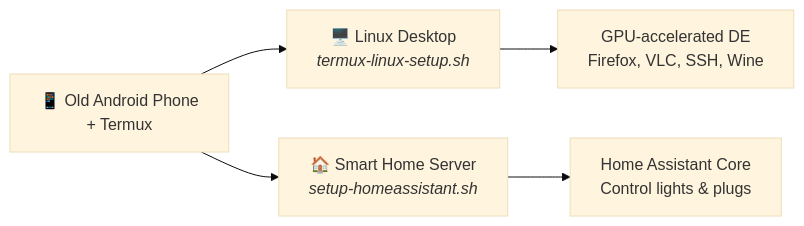
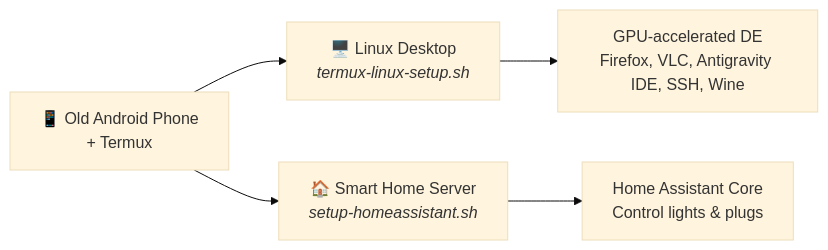
Before and after one commit to VLADIMIRCOMMRAD/linux-android: the diagram in README.md, drawn with Mermaid (base theme). The commit also changed other lines of this file, not shown here.

````diff
--- a/README.md
+++ b/README.md
@@ -39,7 +39,7 @@
 ```mermaid
 graph LR
     A["📱 Old Android Phone<br/>+ Termux"] --> B["🖥️ Linux Desktop<br/><i>termux-linux-setup.sh</i>"]
     A --> C["🏠 Smart Home Server<br/><i>setup-homeassistant.sh</i>"]
-    B --> D["GPU-accelerated DE<br/>Firefox, VLC, SSH, Wine"]
+    B --> D["GPU-accelerated DE<br/>Firefox, VLC, Antigravity IDE, SSH, Wine"]
     C --> E["Home Assistant Core<br/>Control lights & plugs"]
 ```
````
